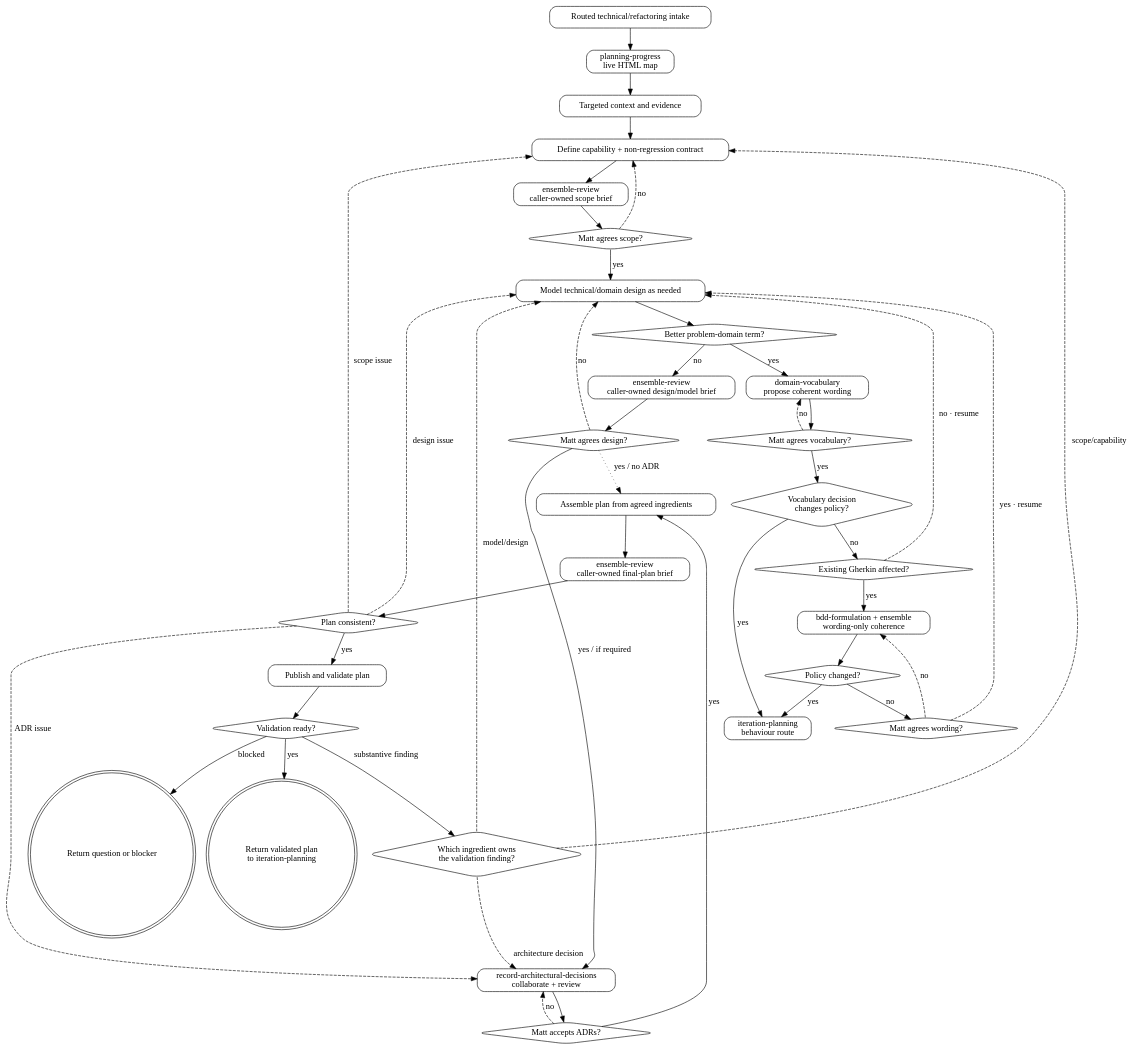
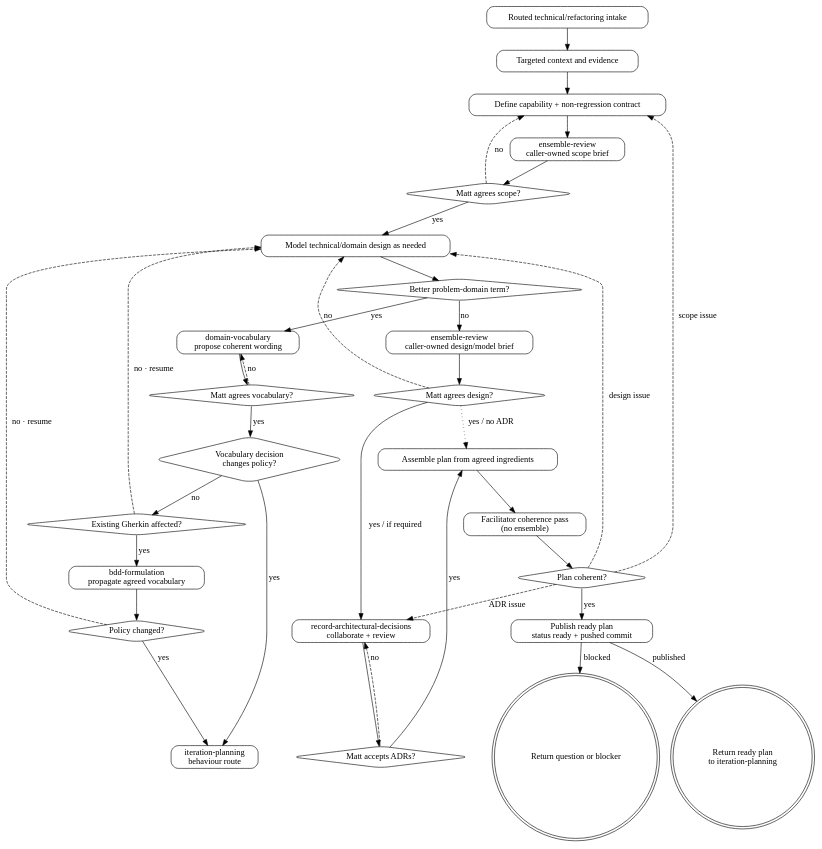
The diagram in .pi/skills/technical-iteration-planning/SKILL.md (mattwynne/memba), drawn with Graphviz before and after one commit. The commit also changed other lines of this file and 13 other files, not shown here.

Commit message:
Simplify collaborative iteration planning

````diff
--- a/.pi/skills/technical-iteration-planning/SKILL.md
+++ b/.pi/skills/technical-iteration-planning/SKILL.md
@@ -79,73 +61,62 @@
 ```dot
 digraph technical_iteration_planning {
   rankdir=TB;
   node [shape=box, style="rounded"];
 
   intake [label="Routed technical/refactoring intake"];
-  progress [label="planning-progress\nlive HTML map"];
   context [label="Targeted context and evidence"];
   capability [label="Define capability + non-regression contract"];
   scope_review [label="ensemble-review\ncaller-owned scope brief"];
   scope [shape=diamond, label="Matt agrees scope?"];
   design [label="Model technical/domain design as needed"];
   naming [shape=diamond, label="Better problem-domain term?"];
   vocabulary [label="domain-vocabulary\npropose coherent wording"];
   vocabulary_agreed [shape=diamond, label="Matt agrees vocabulary?"];
   vocabulary_policy [shape=diamond, label="Vocabulary decision\nchanges policy?"];
   gherkin_affected [shape=diamond, label="Existing Gherkin affected?"];
-  formulation [label="bdd-formulation + ensemble\nwording-only coherence"];
+  formulation [label="bdd-formulation\npropagate agreed vocabulary"];
   policy_changed [shape=diamond, label="Policy changed?"];
-  wording_agreed [shape=diamond, label="Matt agrees wording?"];
   behaviour_route [label="iteration-planning\nbehaviour route"];
   design_review [label="ensemble-review\ncaller-owned design/model brief"];
   design_agreed [shape=diamond, label="Matt agrees design?"];
   adr [label="record-architectural-decisions\ncollaborate + review"];
   adr_accept [shape=diamond, label="Matt accepts ADRs?"];
   assemble [label="Assemble plan from agreed ingredients"];
-  final_review [label="ensemble-review\ncaller-owned final-plan brief"];
-  consistent [shape=diamond, label="Plan consistent?"];
-  publish [label="Publish and validate plan"];
-  validated [shape=diamond, label="Validation ready?"];
-  validation_route [shape=diamond, label="Which ingredient owns\nthe validation finding?"];
-  result [shape=doublecircle, label="Return validated plan\nto iteration-planning"];
+  coherence [label="Facilitator coherence pass\n(no ensemble)"];
+  consistent [shape=diamond, label="Plan coherent?"];
+  publish [label="Publish ready plan\nstatus ready + pushed commit"];
+  result [shape=doublecircle, label="Return ready plan\nto iteration-planning"];
   blocker [shape=doublecircle, label="Return question or blocker"];
 
-  intake -> progress -> context -> capability -> scope_review -> scope;
+  intake -> context -> capability -> scope_review -> scope;
   scope -> capability [label="no", style=dashed];
   scope -> design [label="yes"];
   design -> naming;
   naming -> design_review [label="no"];
   naming -> vocabulary [label="yes"];
   vocabulary -> vocabulary_agreed;
   vocabulary_agreed -> vocabulary [label="no", style=dashed];
   vocabulary_agreed -> vocabulary_policy [label="yes"];
   vocabulary_policy -> behaviour_route [label="yes"];
   vocabulary_policy -> gherkin_affected [label="no"];
   gherkin_affected -> design [label="no · resume", style=dashed];
   gherkin_affected -> formulation [label="yes"];
   formulation -> policy_changed;
   policy_changed -> behaviour_route [label="yes"];
-  policy_changed -> wording_agreed [label="no"];
-  wording_agreed -> formulation [label="no", style=dashed];
-  wording_agreed -> design [label="yes · resume", style=dashed];
+  policy_changed -> design [label="no · resume", style=dashed];
   design_review -> design_agreed;
   design_agreed -> design [label="no", style=dashed];
   design_agreed -> adr [label="yes / if required"];
   adr -> adr_accept;
   adr_accept -> adr [label="no", style=dashed];
   adr_accept -> assemble [label="yes"];
   design_agreed -> assemble [label="yes / no ADR", style=dotted];
-  assemble -> final_review -> consistent;
+  assemble -> coherence -> consistent;
   consistent -> publish [label="yes"];
   consistent -> capability [label="scope issue", style=dashed];
   consistent -> design [label="design issue", style=dashed];
   consistent -> adr [label="ADR issue", style=dashed];
-  publish -> validated;
-  validated -> result [label="yes"];
-  validated -> blocker [label="blocked"];
-  validated -> validation_route [label="substantive finding"];
-  validation_route -> capability [label="scope/capability", style=dashed];
-  validation_route -> design [label="model/design", style=dashed];
-  validation_route -> adr [label="architecture decision", style=dashed];
+  publish -> result [label="published"];
+  publish -> blocker [label="blocked"];
 }
 ```
````
